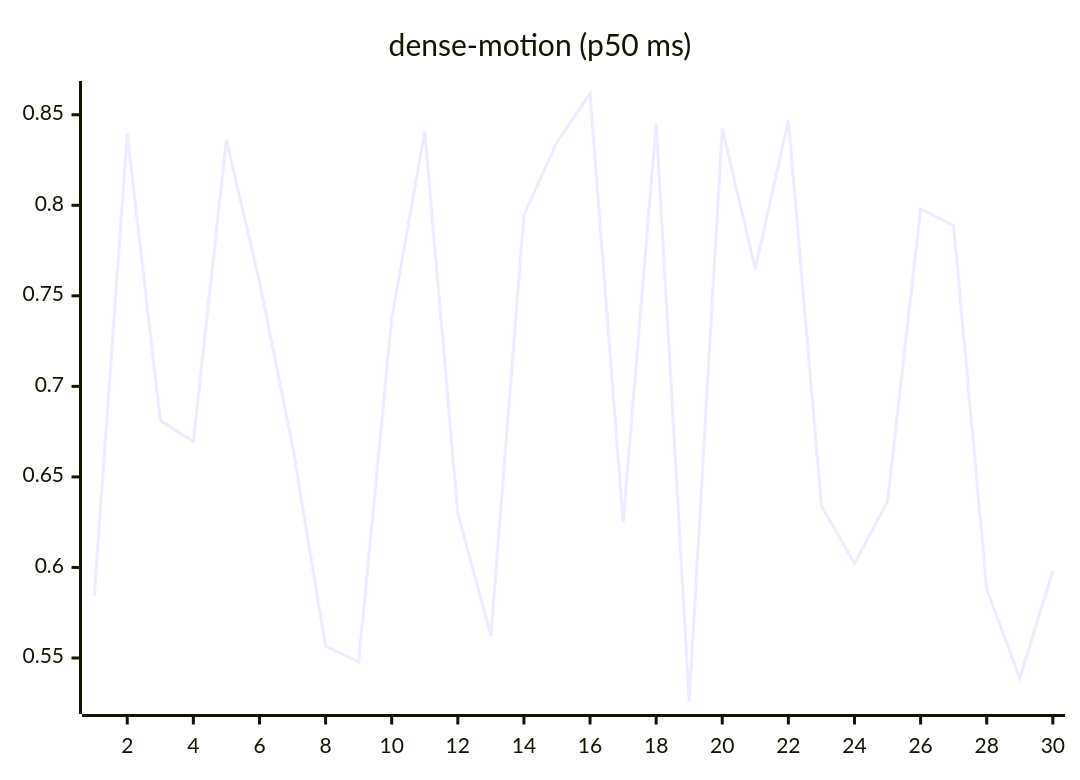
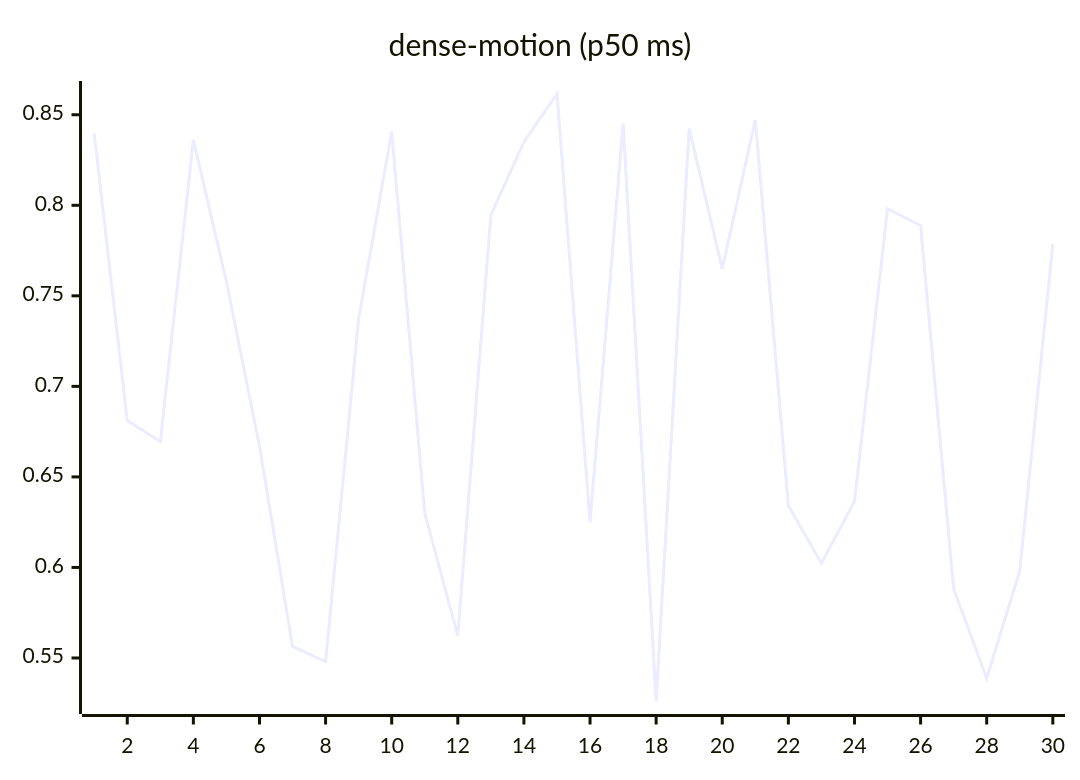
One commit to josha/Facet changed the ninth of 27 diagrams in README.md. Above: the diagram before and after it, drawn with Mermaid. The commit also changed other lines of this file and 2 other files, not shown here.

````diff
--- a/README.md
+++ b/README.md
@@ -119,6 +119,6 @@
 ```mermaid
 xychart-beta
     title "dense-motion (p50 ms)"
     x-axis 1 --> 30
-    line [0.5841, 0.8396, 0.6811, 0.6696, 0.8361, 0.7579, 0.6670, 0.5564, 0.5479, 0.7374, 0.8407, 0.6299, 0.5623, 0.7946, 0.8350, 0.8616, 0.6249, 0.8453, 0.5261, 0.8424, 0.7649, 0.8471, 0.6340, 0.6023, 0.6364, 0.7981, 0.7888, 0.5881, 0.5388, 0.5980]
+    line [0.8396, 0.6811, 0.6696, 0.8361, 0.7579, 0.6670, 0.5564, 0.5479, 0.7374, 0.8407, 0.6299, 0.5623, 0.7946, 0.8350, 0.8616, 0.6249, 0.8453, 0.5261, 0.8424, 0.7649, 0.8471, 0.6340, 0.6023, 0.6364, 0.7981, 0.7888, 0.5881, 0.5388, 0.5980, 0.7785]
 ```
````
